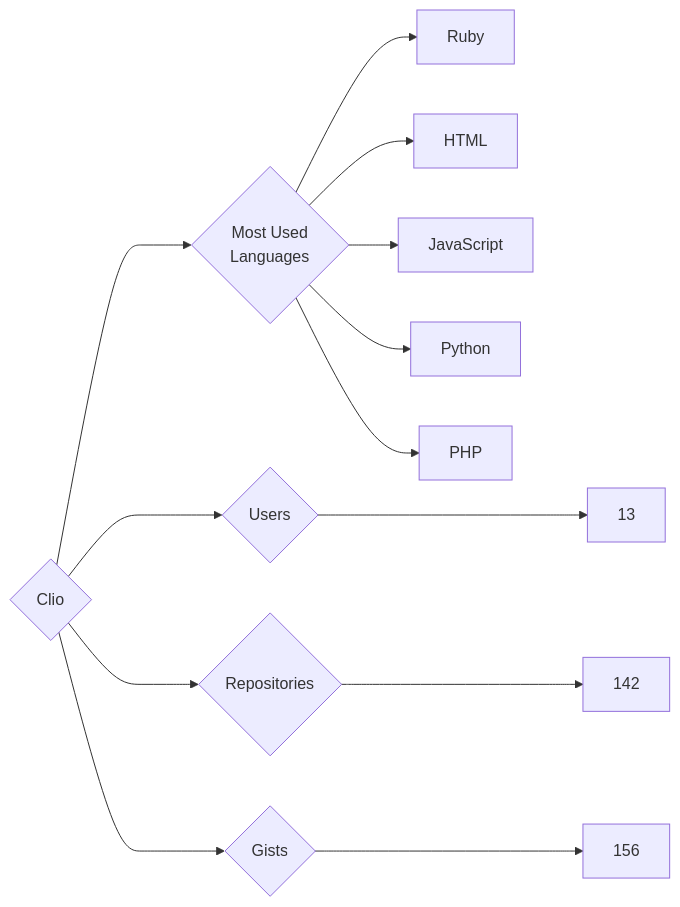
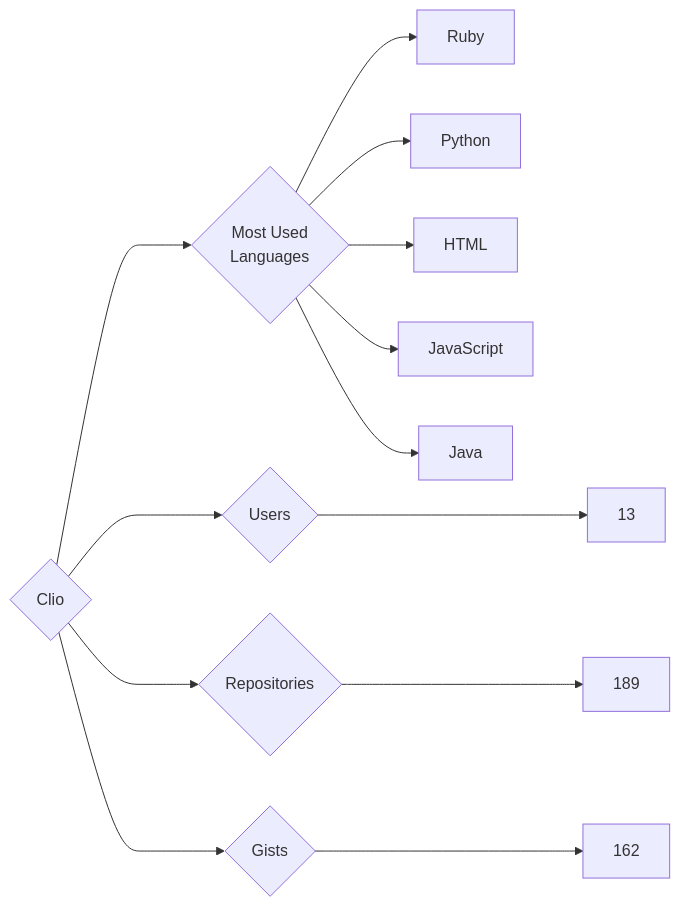
The diagram in targets/Clio/README.md (trickest/insiders), drawn with Mermaid before and after one commit. The commit also changed 894 other files, not shown here.

````diff
--- a/targets/Clio/README.md
+++ b/targets/Clio/README.md
@@ -3,13 +3,13 @@
 ```mermaid
 graph LR
 COMPANY_NAME{Clio}
 COMPANY_NAME ---> U{Users} ---> UN[13]
-COMPANY_NAME ---> R{Repositories} ---> RN[142]
-COMPANY_NAME ---> G{Gists} ---> GN[156]
+COMPANY_NAME ---> R{Repositories} ---> RN[189]
+COMPANY_NAME ---> G{Gists} ---> GN[162]
 COMPANY_NAME ---> ML{Most Used<br>Languages}
 ML --> Ruby[Ruby]
+ML --> Python[Python]
 ML --> HTML[HTML]
 ML --> JavaScript[JavaScript]
-ML --> Python[Python]
-ML --> PHP[PHP]
+ML --> Java[Java]
 ```
````
